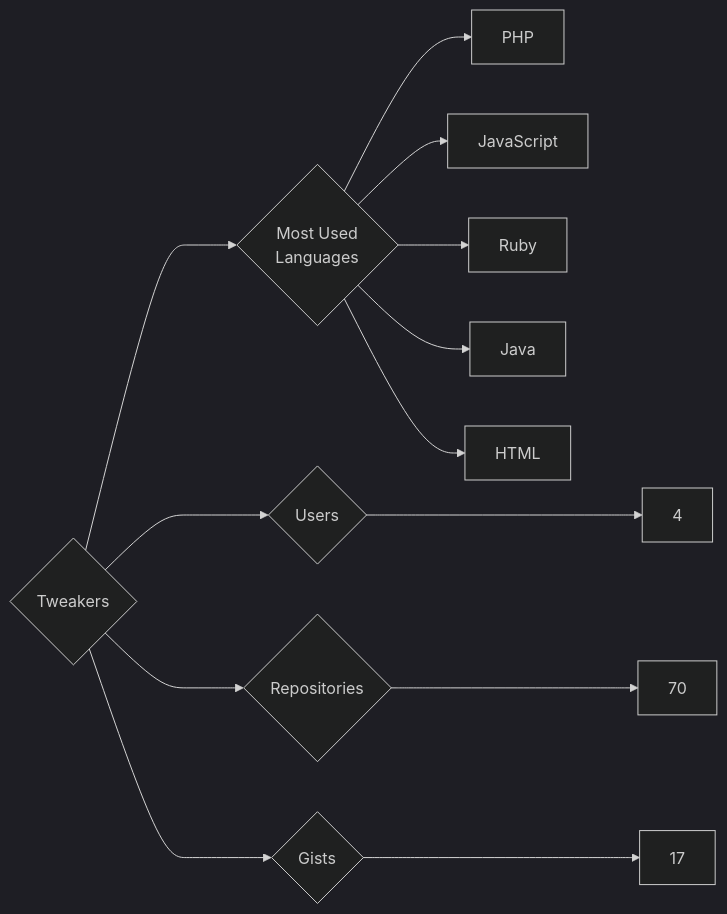
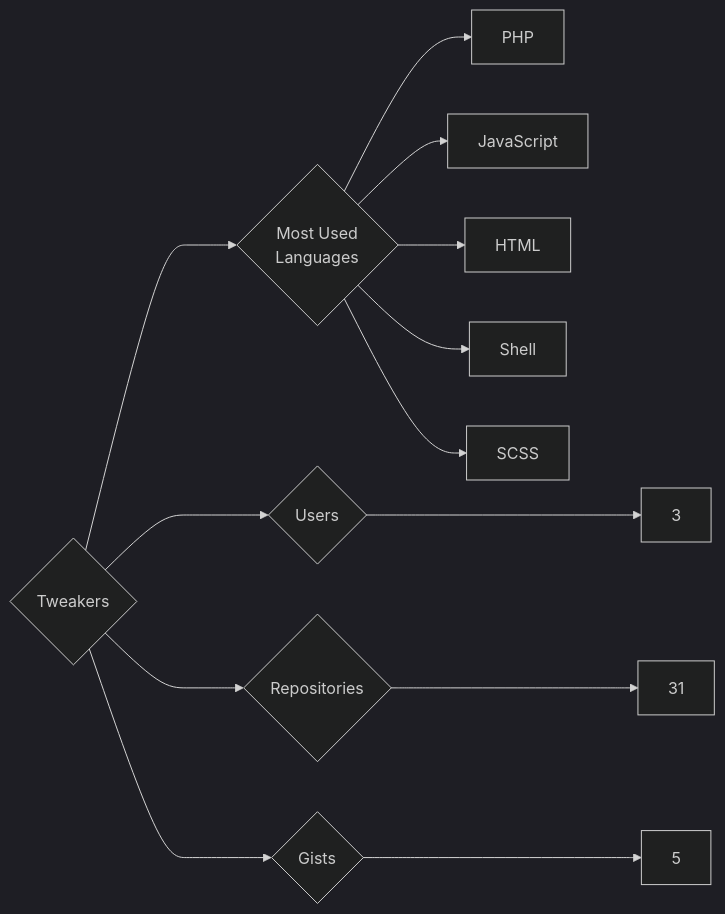
One commit to trickest/insiders changed the diagram in targets/Tweakers/README.md. Above: the diagram before and after it, drawn with Mermaid (dark theme). The commit also changed 835 other files, not shown here.

````diff
--- a/targets/Tweakers/README.md
+++ b/targets/Tweakers/README.md
@@ -3,13 +3,13 @@
 ```mermaid
 graph LR
 COMPANY_NAME{Tweakers}
-COMPANY_NAME ---> U{Users} ---> UN[4]
-COMPANY_NAME ---> R{Repositories} ---> RN[70]
-COMPANY_NAME ---> G{Gists} ---> GN[17]
+COMPANY_NAME ---> U{Users} ---> UN[3]
+COMPANY_NAME ---> R{Repositories} ---> RN[31]
+COMPANY_NAME ---> G{Gists} ---> GN[5]
 COMPANY_NAME ---> ML{Most Used<br>Languages}
 ML --> PHP[PHP]
 ML --> JavaScript[JavaScript]
-ML --> Ruby[Ruby]
-ML --> Java[Java]
 ML --> HTML[HTML]
+ML --> Shell[Shell]
+ML --> SCSS[SCSS]
 ```
````
